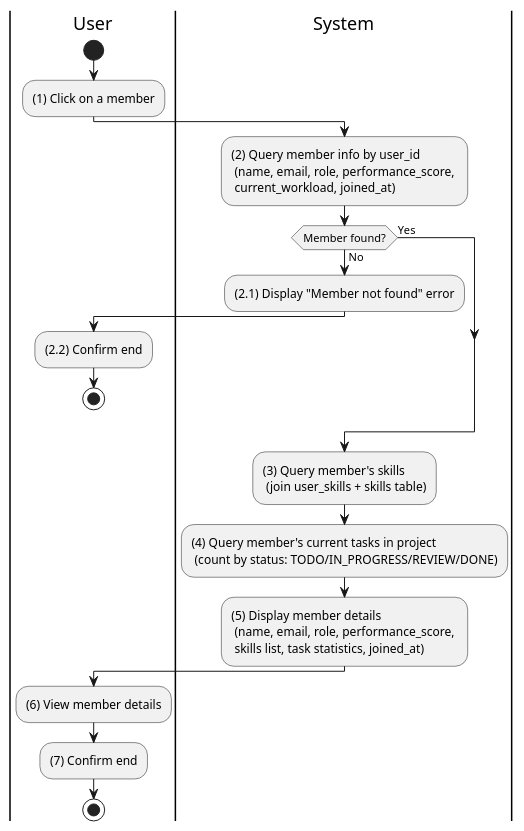
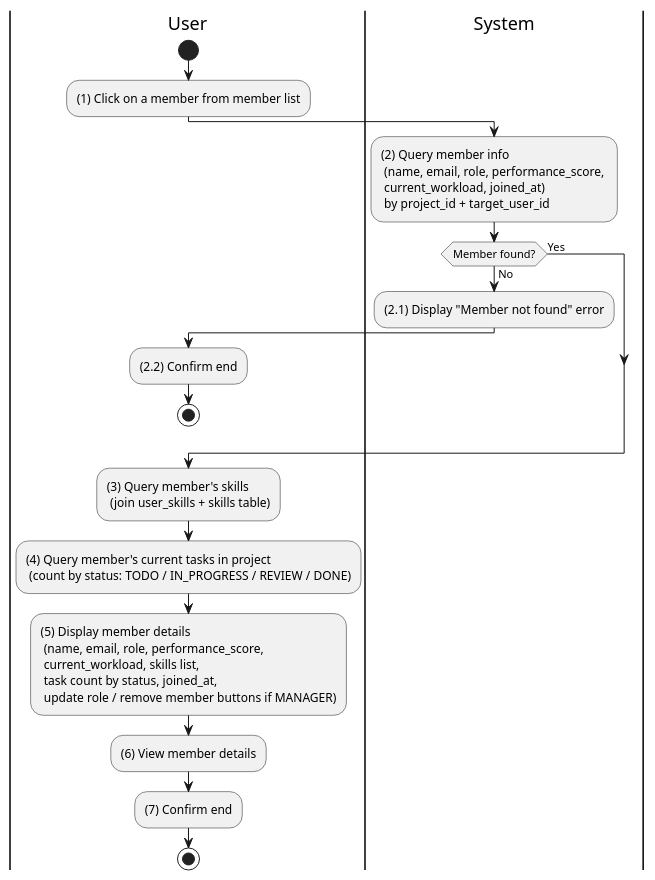
One commit to taskpilot-platform/taskpilot-platform.github.io changed the diagram in docs/docs/activity/project-members/view-member-details.md. Above: the diagram before and after it, drawn with PlantUML. The commit also changed 9 other files, not shown here.

First line of the commit message:
docs(activity): expand 10 short activity diagram files with detailed flows

````diff
--- a/docs/docs/activity/project-members/view-member-details.md
+++ b/docs/docs/activity/project-members/view-member-details.md
@@ -3,32 +3,31 @@
 ```plantuml
 @startuml
 |U|User
 |S|System
 
 |U|
 start
-:(1) Click on a member;
+:(1) Click on a member from member list;
 
 |S|
-:(2) Query member info by user_id \n (name, email, role, performance_score, \n current_workload, joined_at);
+:(2) Query member info \n (name, email, role, performance_score, \n current_workload, joined_at) \n by project_id + target_user_id;
 
 if (Member found?) then (No)
   :(2.1) Display "Member not found" error;
   |U|
   :(2.2) Confirm end;
   stop
 else (Yes)
 endif
 
-|S|
 :(3) Query member's skills \n (join user_skills + skills table);
-:(4) Query member's current tasks in project \n (count by status: TODO/IN_PROGRESS/REVIEW/DONE);
-:(5) Display member details \n (name, email, role, performance_score, \n skills list, task statistics, joined_at);
+:(4) Query member's current tasks in project \n (count by status: TODO / IN_PROGRESS / REVIEW / DONE);
+:(5) Display member details \n (name, email, role, performance_score, \n current_workload, skills list, \n task count by status, joined_at, \n update role / remove member buttons if MANAGER);
 
 |U|
 :(6) View member details;
 :(7) Confirm end;
 
 stop
 @enduml
 ```
````
